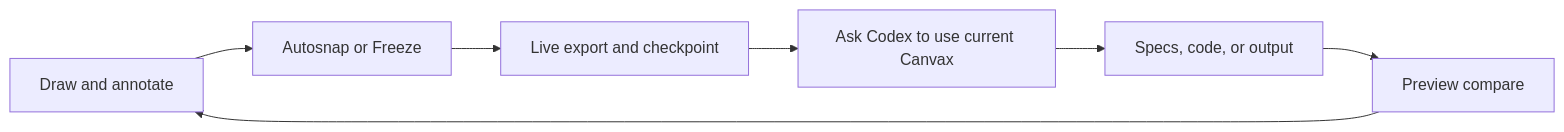
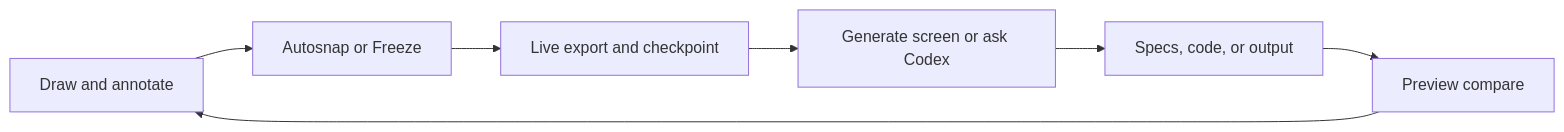
One commit to varshneydevansh/Canvax changed the first of 6 diagrams in docs/USAGE.md. Above: the diagram before and after it, drawn with Mermaid. The commit also changed other lines of this file and 24 other files, not shown here.

````diff
--- a/docs/USAGE.md
+++ b/docs/USAGE.md
@@ -14,9 +14,9 @@
 ```mermaid
 flowchart LR
     A[Draw and annotate] --> B[Autosnap or Freeze]
     B --> C[Live export and checkpoint]
-    C --> D[Ask Codex to use current Canvax]
+    C --> D[Generate screen or ask Codex]
     D --> E[Specs, code, or output]
     E --> F[Preview compare]
     F --> A
 ```
````
